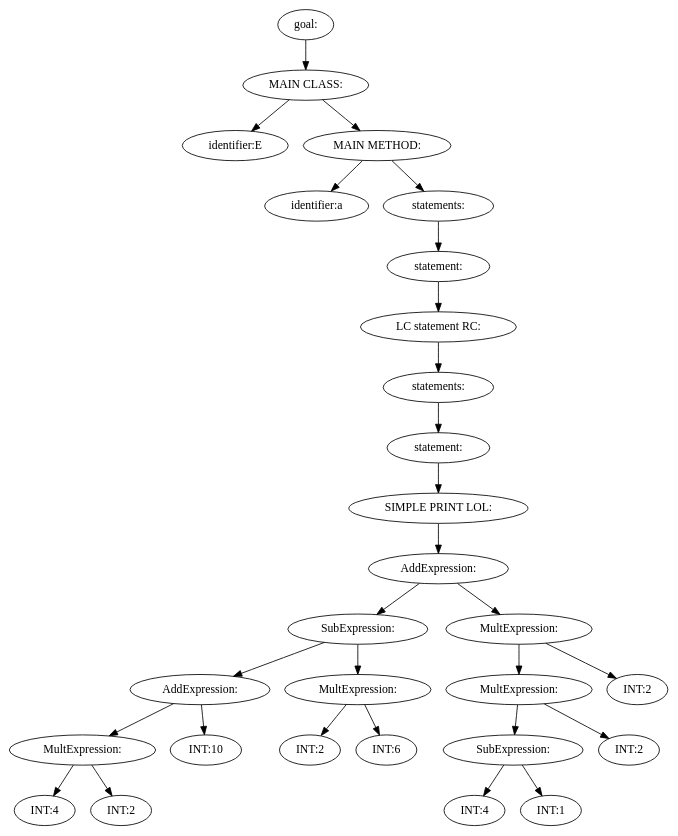
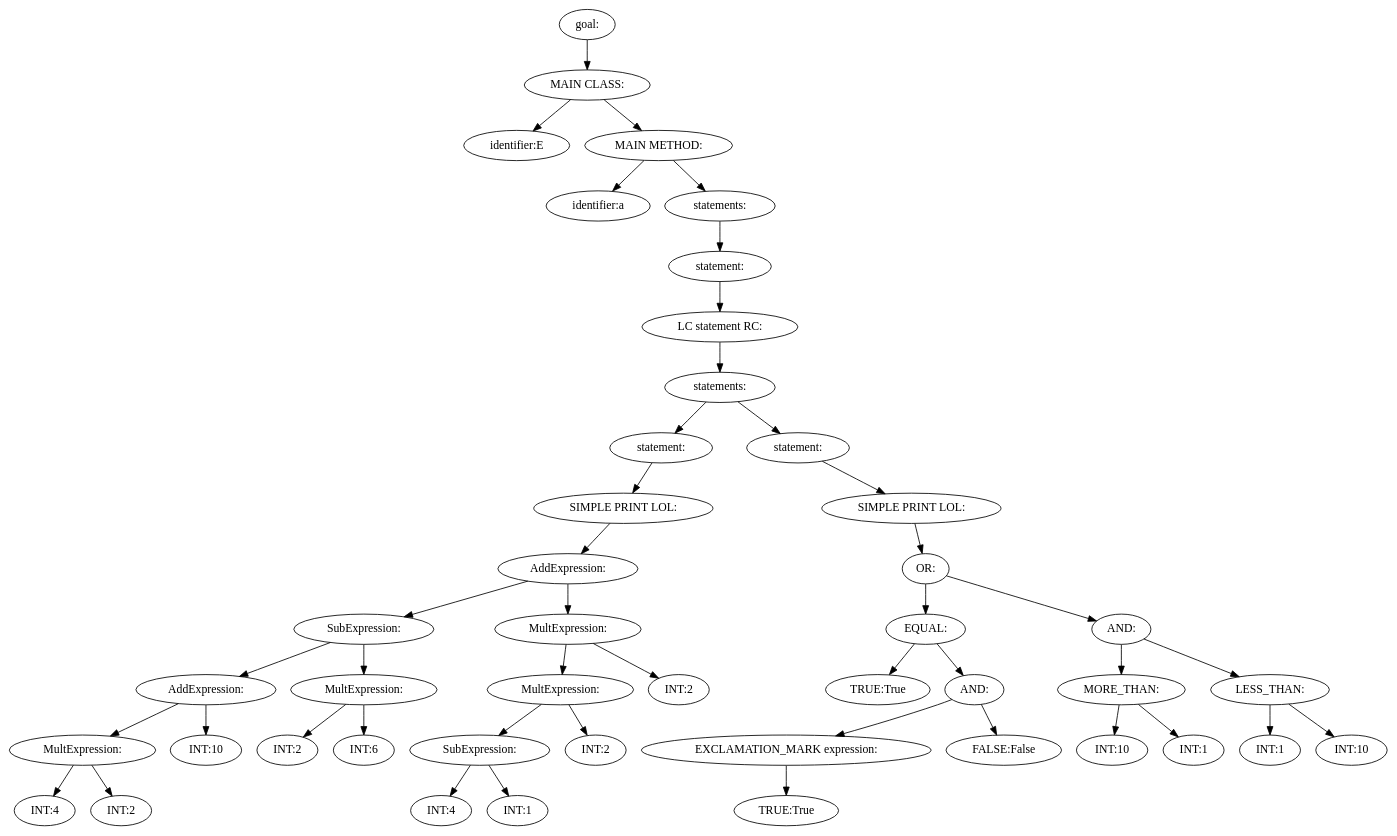
Before and after one commit to KarmaSora/Compiler: the diagram in gettingStarted/tree.dot, drawn with Graphviz. The commit also changed 12 other files, not shown here.

```diff
--- a/gettingStarted/tree.dot
+++ b/gettingStarted/tree.dot
@@ -1,57 +1,89 @@
 digraph {
 n0 [label="goal:"];
 n1 [label="MAIN CLASS:"];
 n2 [label="identifier:E"];
 n1 -> n2
 n3 [label="MAIN METHOD:"];
 n4 [label="identifier:a"];
 n3 -> n4
 n5 [label="statements:"];
 n6 [label="statement:"];
 n7 [label="LC statement RC:"];
 n8 [label="statements:"];
 n9 [label="statement:"];
 n10 [label="SIMPLE PRINT LOL:"];
 n11 [label="AddExpression:"];
 n12 [label="SubExpression:"];
 n13 [label="AddExpression:"];
 n14 [label="MultExpression:"];
 n15 [label="INT:4"];
 n14 -> n15
 n16 [label="INT:2"];
 n14 -> n16
 n13 -> n14
 n17 [label="INT:10"];
 n13 -> n17
 n12 -> n13
 n18 [label="MultExpression:"];
 n19 [label="INT:2"];
 n18 -> n19
 n20 [label="INT:6"];
 n18 -> n20
 n12 -> n18
 n11 -> n12
 n21 [label="MultExpression:"];
 n22 [label="MultExpression:"];
 n23 [label="SubExpression:"];
 n24 [label="INT:4"];
 n23 -> n24
 n25 [label="INT:1"];
 n23 -> n25
 n22 -> n23
 n26 [label="INT:2"];
 n22 -> n26
 n21 -> n22
 n27 [label="INT:2"];
 n21 -> n27
 n11 -> n21
 n10 -> n11
 n9 -> n10
 n8 -> n9
+n28 [label="statement:"];
+n29 [label="SIMPLE PRINT LOL:"];
+n30 [label="OR:"];
+n31 [label="EQUAL:"];
+n32 [label="TRUE:True"];
+n31 -> n32
+n33 [label="AND:"];
+n34 [label="EXCLAMATION_MARK expression:"];
+n35 [label="TRUE:True"];
+n34 -> n35
+n33 -> n34
+n36 [label="FALSE:False"];
+n33 -> n36
+n31 -> n33
+n30 -> n31
+n37 [label="AND:"];
+n38 [label="MORE_THAN:"];
+n39 [label="INT:10"];
+n38 -> n39
+n40 [label="INT:1"];
+n38 -> n40
+n37 -> n38
+n41 [label="LESS_THAN:"];
+n42 [label="INT:1"];
+n41 -> n42
+n43 [label="INT:10"];
+n41 -> n43
+n37 -> n41
+n30 -> n37
+n29 -> n30
+n28 -> n29
+n8 -> n28
 n7 -> n8
 n6 -> n7
 n5 -> n6
 n3 -> n5
 n1 -> n3
 n0 -> n1
 }
```
